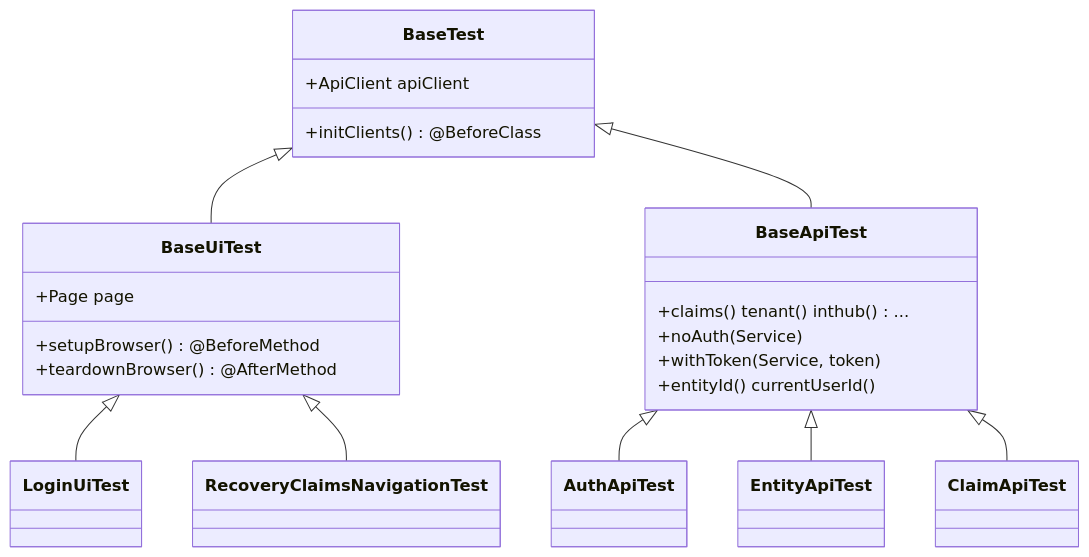
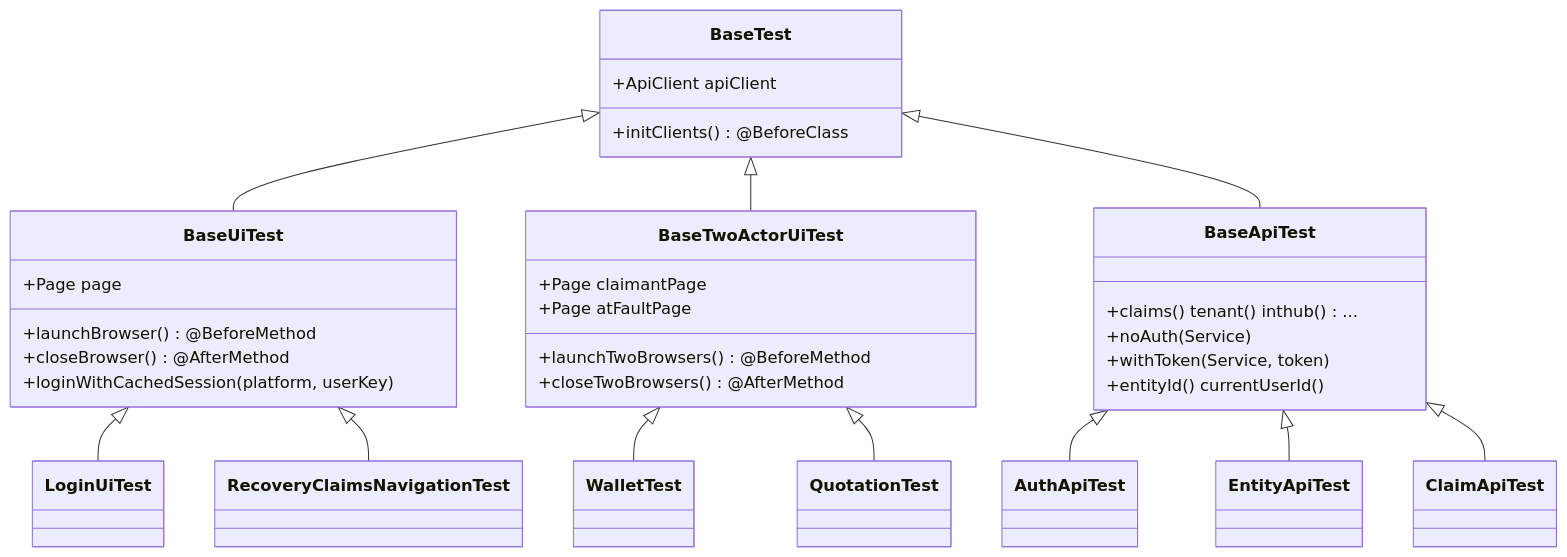
One commit to praikar19/Mosadad_QA changed the second of 6 diagrams in DESIGN.md. Above: the diagram before and after it, drawn with Mermaid. The commit also changed other lines of this file and 5 other files, not shown here.

````diff
--- a/DESIGN.md
+++ b/DESIGN.md
@@ -133,25 +136,35 @@
 ```mermaid
 classDiagram
     class BaseTest {
         +ApiClient apiClient
         +initClients() @BeforeClass
     }
     class BaseUiTest {
         +Page page
-        +setupBrowser() @BeforeMethod
-        +teardownBrowser() @AfterMethod
+        +launchBrowser() @BeforeMethod
+        +closeBrowser() @AfterMethod
+        +loginWithCachedSession(platform, userKey)
+    }
+    class BaseTwoActorUiTest {
+        +Page claimantPage
+        +Page atFaultPage
+        +launchTwoBrowsers() @BeforeMethod
+        +closeTwoBrowsers() @AfterMethod
     }
     class BaseApiTest {
         +claims() tenant() inthub() ...
         +noAuth(Service)
         +withToken(Service, token)
         +entityId() currentUserId()
     }
     BaseTest <|-- BaseUiTest
+    BaseTest <|-- BaseTwoActorUiTest
     BaseTest <|-- BaseApiTest
     BaseUiTest <|-- LoginUiTest
     BaseUiTest <|-- RecoveryClaimsNavigationTest
+    BaseTwoActorUiTest <|-- WalletTest
+    BaseTwoActorUiTest <|-- QuotationTest
     BaseApiTest <|-- AuthApiTest
     BaseApiTest <|-- EntityApiTest
     BaseApiTest <|-- ClaimApiTest
 ```
````
